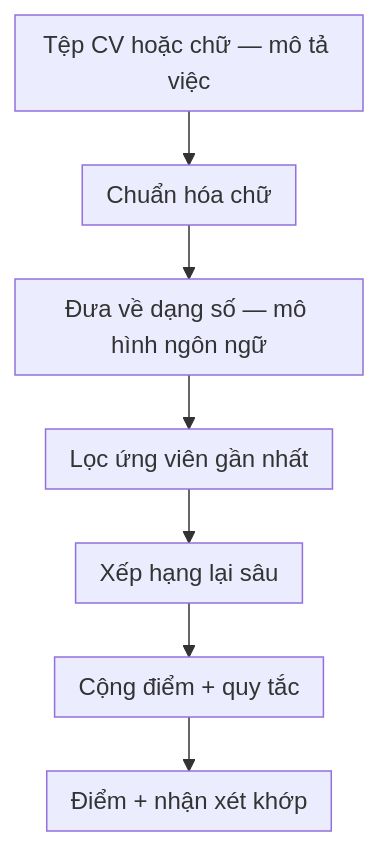
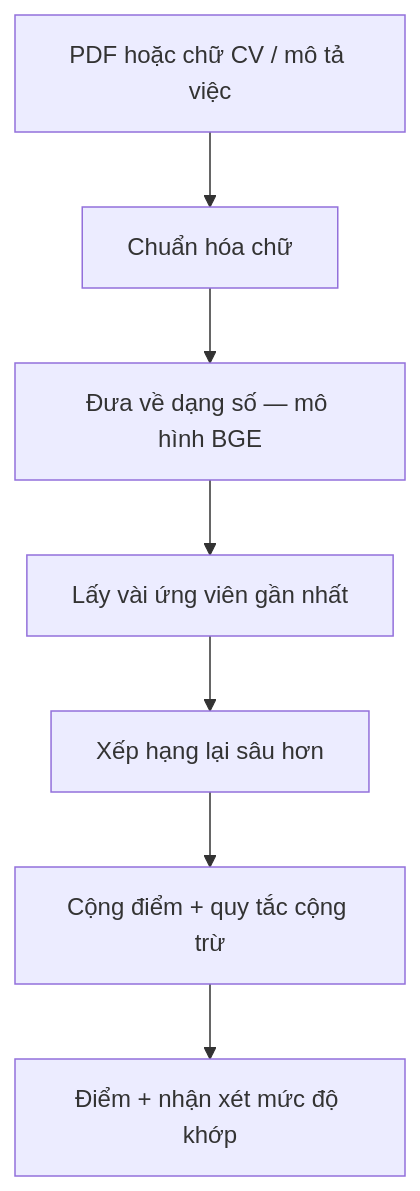
One commit to dmt041104111003/docs-nckh changed the third of 4 diagrams in system.md. Above: the diagram before and after it, drawn with Mermaid. The commit also changed other lines of this file and 7 other files, not shown here.

````diff
--- a/system.md
+++ b/system.md
@@ -61,10 +69,9 @@
 ```mermaid
-%%{init: {"flowchart": {"curve": "linear", "padding": 8, "rankSpacing": 36}}}%%
-flowchart TB
-  IN[Tệp CV hoặc chữ — mô tả việc] --> PRE[Chuẩn hóa chữ]
-  PRE --> EMB[Đưa về dạng số — mô hình ngôn ngữ]
-  EMB --> RET[Lọc ứng viên gần nhất]
-  RET --> RER[Xếp hạng lại sâu]
-  RER --> SCR[Cộng điểm + quy tắc]
-  SCR --> OUT[Điểm + nhận xét khớp]
+flowchart TD
+  IN[PDF hoặc chữ CV / mô tả việc] --> PRE[Chuẩn hóa chữ]
+  PRE --> EMB[Đưa về dạng số — mô hình BGE]
+  EMB --> RET[Lấy vài ứng viên gần nhất]
+  RET --> RER[Xếp hạng lại sâu hơn]
+  RER --> SCR[Cộng điểm + quy tắc cộng trừ]
+  SCR --> OUT[Điểm + nhận xét mức độ khớp]
 ```
````
